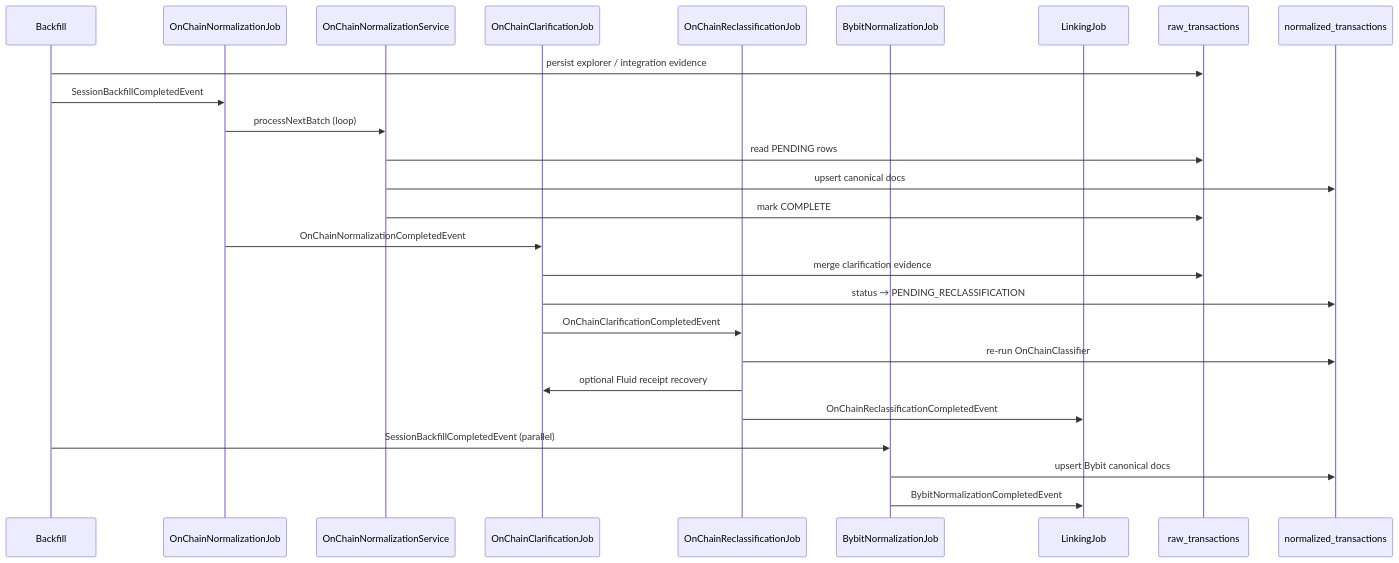
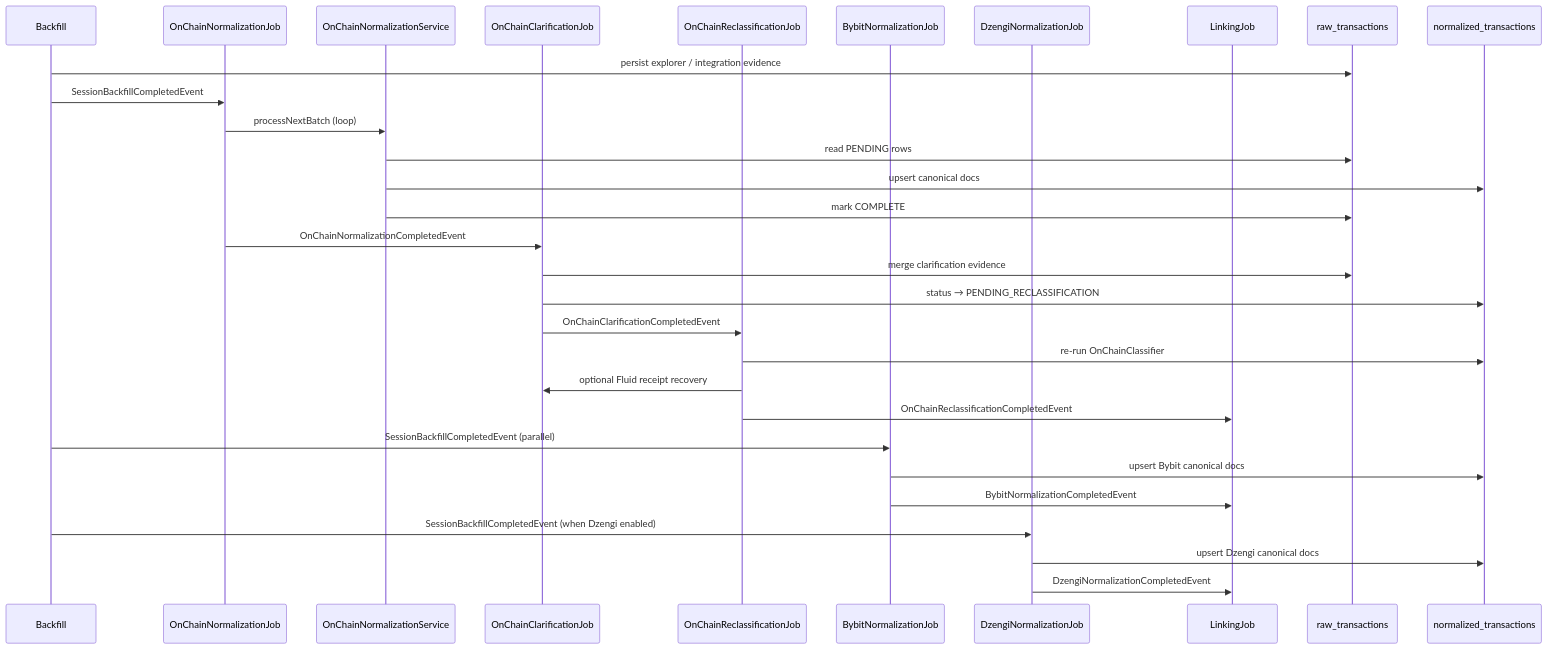
The first of 3 diagrams in docs/pipeline/normalization/01-overview.md (Volad/wallet-radar), drawn with Mermaid before and after one commit. The commit also changed other lines of this file and 494 other files, not shown here.

````diff
--- a/docs/pipeline/normalization/01-overview.md
+++ b/docs/pipeline/normalization/01-overview.md
@@ -37,29 +39,33 @@
 ```mermaid
 sequenceDiagram
   participant BF as Backfill
   participant OC as OnChainNormalizationJob
   participant OCS as OnChainNormalizationService
   participant CL as OnChainClarificationJob
   participant RC as OnChainReclassificationJob
   participant BB as BybitNormalizationJob
+  participant DZ as DzengiNormalizationJob
   participant LK as LinkingJob
   participant RT as raw_transactions
   participant NT as normalized_transactions
 
   BF->>RT: persist explorer / integration evidence
   BF->>OC: SessionBackfillCompletedEvent
   OC->>OCS: processNextBatch (loop)
   OCS->>RT: read PENDING rows
   OCS->>NT: upsert canonical docs
   OCS->>RT: mark COMPLETE
   OC->>CL: OnChainNormalizationCompletedEvent
   CL->>RT: merge clarification evidence
   CL->>NT: status → PENDING_RECLASSIFICATION
   CL->>RC: OnChainClarificationCompletedEvent
   RC->>NT: re-run OnChainClassifier
   RC->>CL: optional Fluid receipt recovery
   RC->>LK: OnChainReclassificationCompletedEvent
   BF->>BB: SessionBackfillCompletedEvent (parallel)
   BB->>NT: upsert Bybit canonical docs
   BB->>LK: BybitNormalizationCompletedEvent
+  BF->>DZ: SessionBackfillCompletedEvent (when Dzengi enabled)
+  DZ->>NT: upsert Dzengi canonical docs
+  DZ->>LK: DzengiNormalizationCompletedEvent
 ```
````
